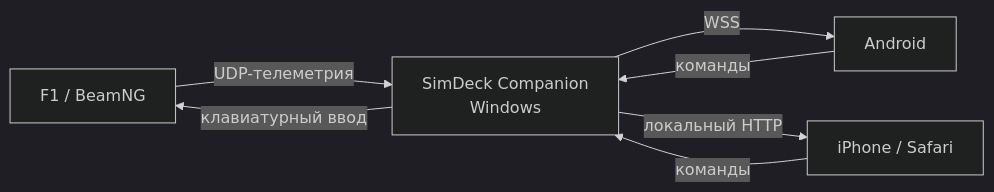
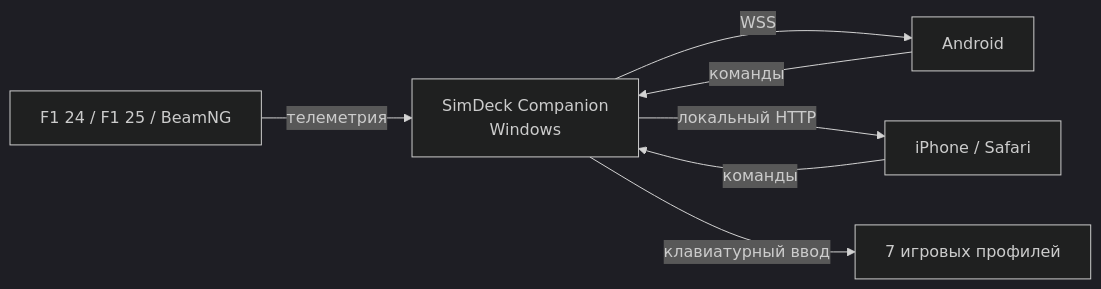
Before and after one commit to timurgass/SimDeck: the diagram in README.md, drawn with Mermaid (dark theme). The commit also changed other lines of this file and 25 other files, not shown here.

````diff
--- a/README.md
+++ b/README.md
@@ -151,9 +167,9 @@
 ```mermaid
 flowchart LR
-    Game["F1 / BeamNG"] -->|"UDP-телеметрия"| PC["SimDeck Companion<br/>Windows"]
+    TelemetryGames["F1 24 / F1 25 / BeamNG"] -->|"телеметрия"| PC["SimDeck Companion<br/>Windows"]
     PC -->|"WSS"| Android["Android"]
     PC -->|"локальный HTTP"| Safari["iPhone / Safari"]
     Android -->|"команды"| PC
     Safari -->|"команды"| PC
-    PC -->|"клавиатурный ввод"| Game
+    PC -->|"клавиатурный ввод"| Games["7 игровых профилей"]
 ```
````
